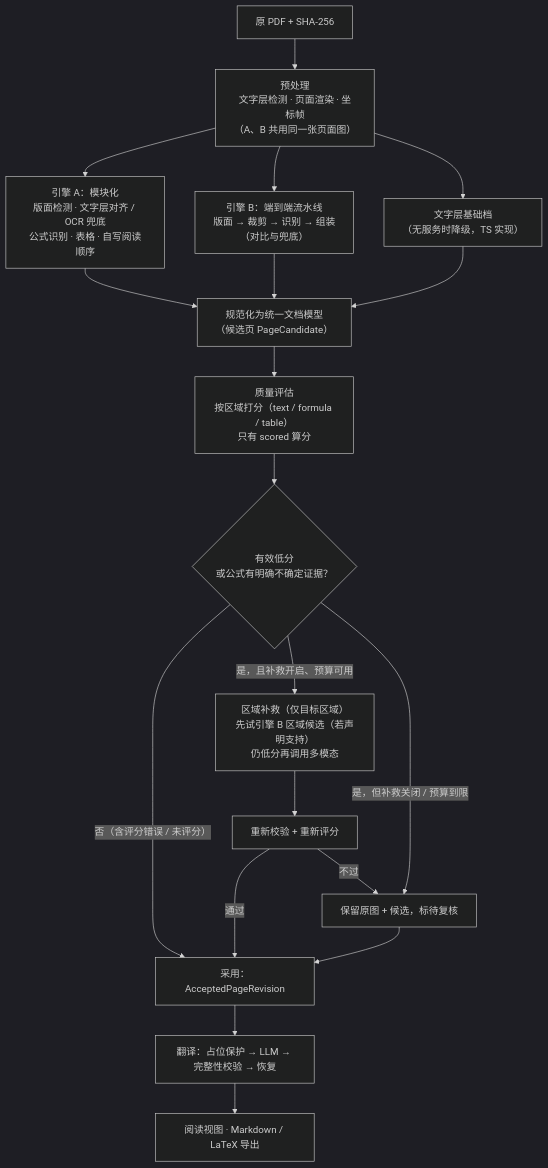
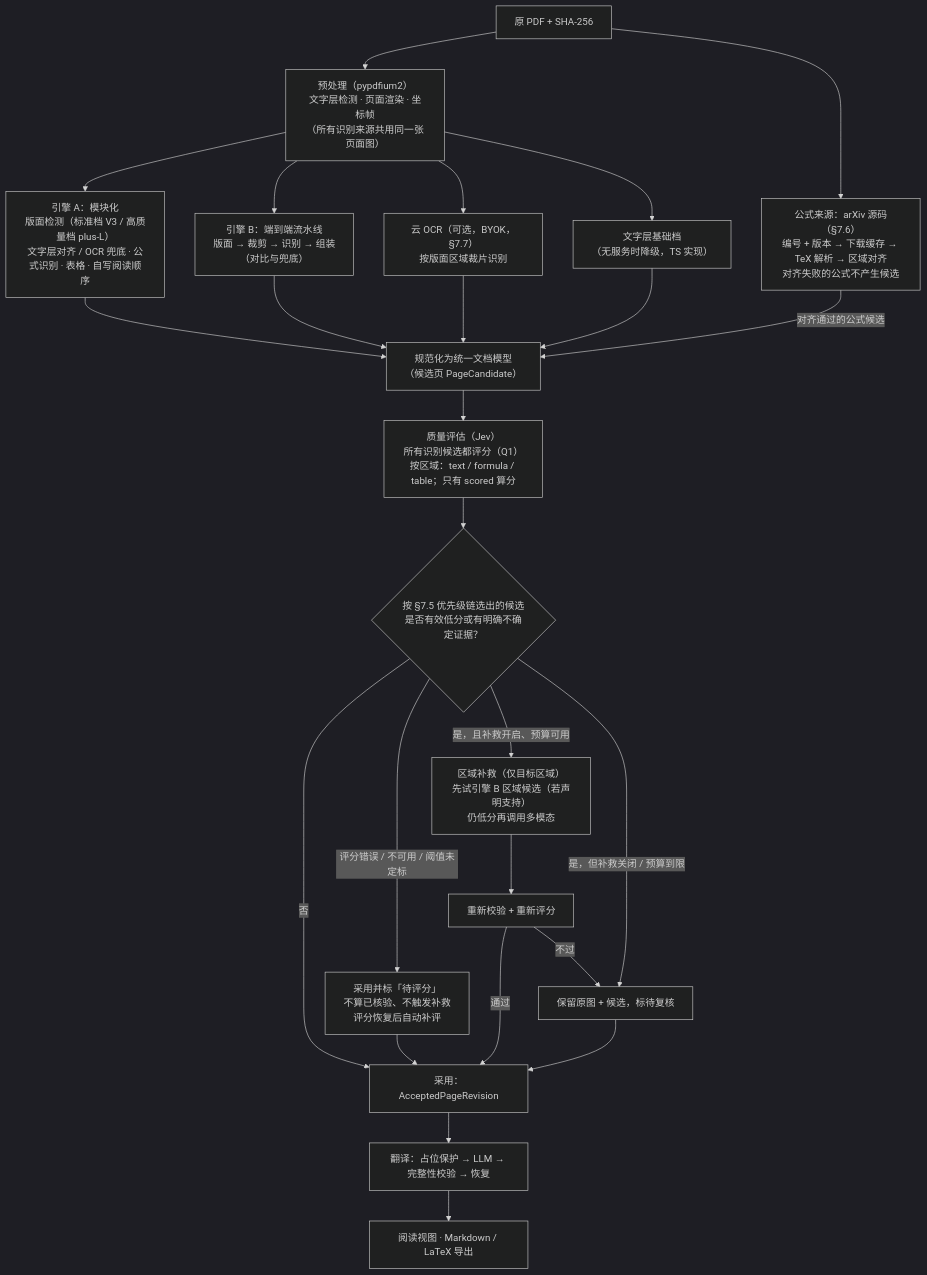
One commit to wisdom-km/open-immerse-v2 changed the fourth of 5 diagrams in ARCHITECTURE.md. Above: the diagram before and after it, drawn with Mermaid (dark theme). The commit also changed other lines of this file, not shown here.

First line of the commit message:
docs(architecture): 按 Q1–Q12 决定修订：UI–core 解耦（Q3）、formula-source（Q4）、writing 预留（Q5）、Jev 本机/远程（Q9）、全路径评分（Q1）

````diff
--- a/ARCHITECTURE.md
+++ b/ARCHITECTURE.md
@@ -308,21 +522,27 @@
 ```mermaid
 flowchart TD
-  IN["原 PDF + SHA-256"] --> PRE["预处理<br/>文字层检测 · 页面渲染 · 坐标帧<br/>（A、B 共用同一张页面图）"]
-  PRE --> A["引擎 A：模块化<br/>版面检测 · 文字层对齐 / OCR 兜底<br/>公式识别 · 表格 · 自写阅读顺序"]
+  IN["原 PDF + SHA-256"] --> PRE["预处理（pypdfium2）<br/>文字层检测 · 页面渲染 · 坐标帧<br/>（所有识别来源共用同一张页面图）"]
+  IN --> AX["公式来源：arXiv 源码（§7.6）<br/>编号 + 版本 → 下载缓存 → TeX 解析 → 区域对齐<br/>对齐失败的公式不产生候选"]
+  PRE --> A["引擎 A：模块化<br/>版面检测（标准档 V3 / 高质量档 plus-L）<br/>文字层对齐 / OCR 兜底 · 公式识别 · 表格 · 自写阅读顺序"]
   PRE --> B["引擎 B：端到端流水线<br/>版面 → 裁剪 → 识别 → 组装<br/>（对比与兜底）"]
+  PRE --> CO["云 OCR（可选，BYOK，§7.7）<br/>按版面区域裁片识别"]
   PRE --> T["文字层基础档<br/>（无服务时降级，TS 实现）"]
   A --> N["规范化为统一文档模型<br/>（候选页 PageCandidate）"]
   B --> N
+  CO --> N
   T --> N
-  N --> Q["质量评估<br/>按区域打分（text / formula / table）<br/>只有 scored 算分"]
-  Q --> D{"有效低分<br/>或公式有明确不确定证据？"}
-  D -- "否（含评分错误 / 未评分）" --> ACC["采用：AcceptedPageRevision"]
+  AX -- "对齐通过的公式候选" --> N
+  N --> Q["质量评估（Jev）<br/>所有识别候选都评分（Q1）<br/>按区域：text / formula / table；只有 scored 算分"]
+  Q --> D{"按 §7.5 优先级链选出的候选<br/>是否有效低分或有明确不确定证据？"}
+  D -- "否" --> ACC["采用：AcceptedPageRevision"]
+  D -- "评分错误 / 不可用 / 阈值未定标" --> PEND["采用并标「待评分」<br/>不算已核验、不触发补救<br/>评分恢复后自动补评"]
+  PEND --> ACC
   D -- "是，且补救开启、预算可用" --> RP["区域补救（仅目标区域）<br/>先试引擎 B 区域候选（若声明支持）<br/>仍低分再调用多模态"]
   D -- "是，但补救关闭 / 预算到限" --> FB["保留原图 + 候选，标待复核"]
   RP --> Q2["重新校验 + 重新评分"]
   Q2 -- "通过" --> ACC
   Q2 -- "不过" --> FB
   FB --> ACC
   ACC --> TR["翻译：占位保护 → LLM → 完整性校验 → 恢复"]
   TR --> OUT["阅读视图 · Markdown / LaTeX 导出"]
 ```
````
